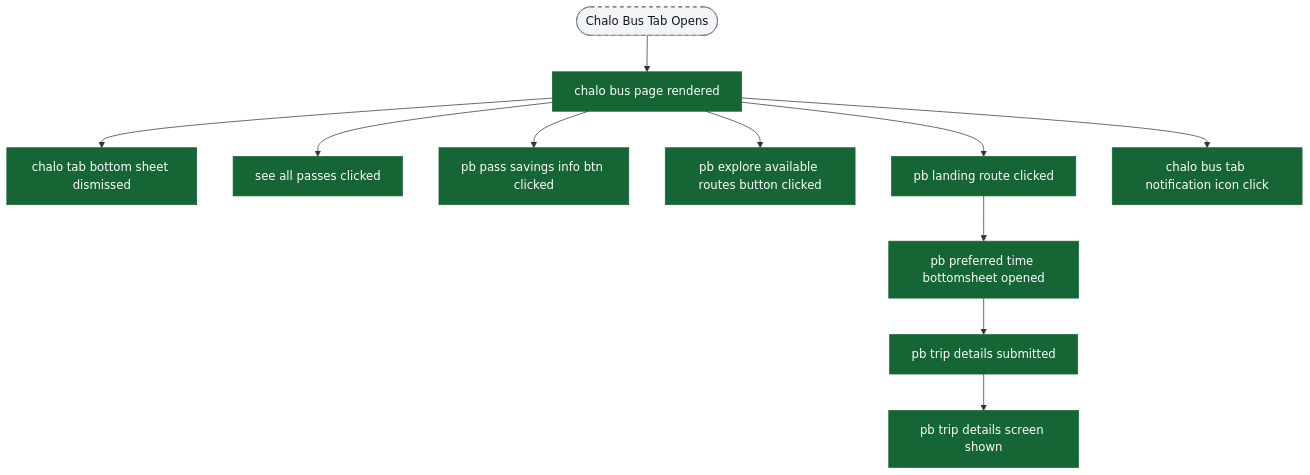
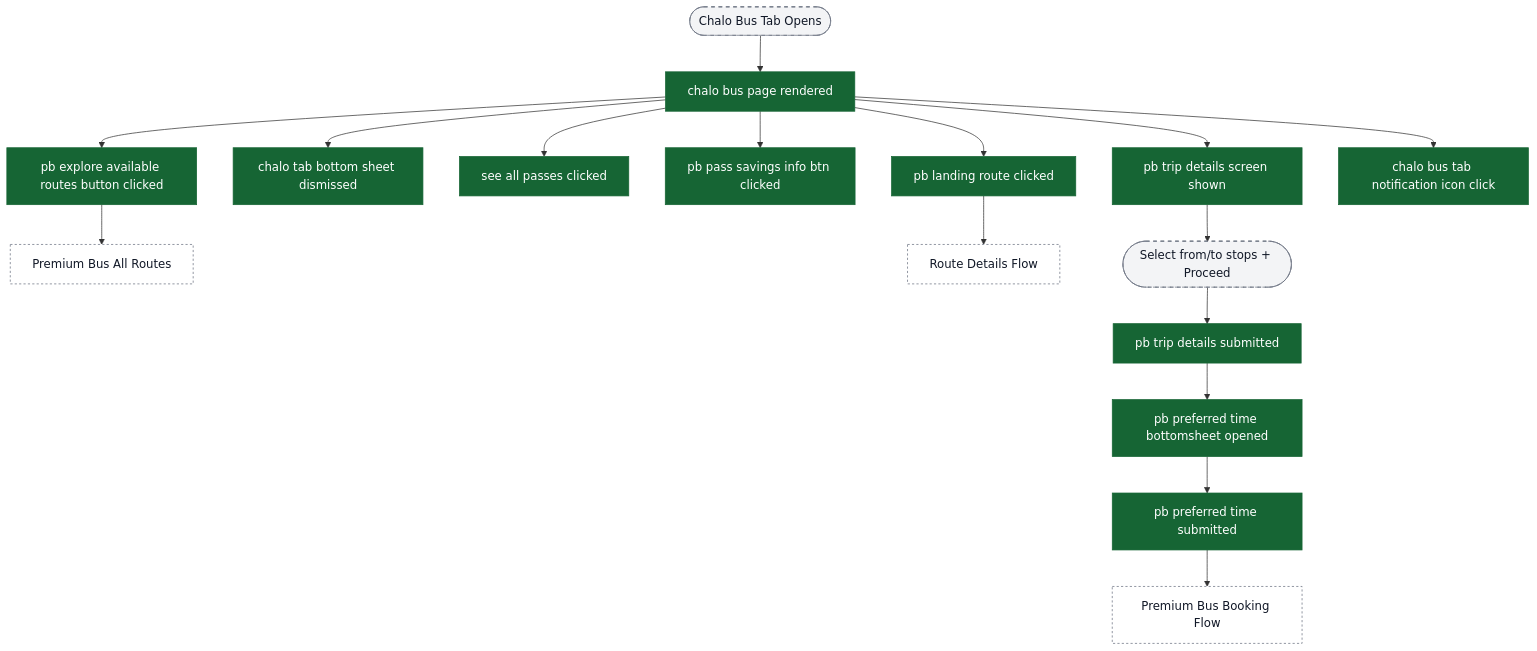
Before and after one commit to ratulsarna/chalo-app-dashboard: the fifth of 18 diagrams in content/analytics/home/flow-diagrams.md, drawn with Mermaid. The commit also changed other lines of this file and 3 other files, not shown here.

Commit message:
feat(analytics): update event definitions and flow diagrams for home and instant ticket purchase flows

````diff
--- a/content/analytics/home/flow-diagrams.md
+++ b/content/analytics/home/flow-diagrams.md
@@ -148,23 +161,30 @@
 ```mermaid
 flowchart TD
   ui_chaloBusScreen([Chalo Bus Tab Opens]) --> ev_chaloBusPageRendered["chalo bus page rendered"]
+  ev_chaloBusPageRendered --> ev_pbTripDetailsScreenShown["pb trip details screen shown"]
 
   ev_chaloBusPageRendered --> ev_chaloTabBottomSheetDismissed["chalo tab bottom sheet dismissed"]
   ev_chaloBusPageRendered --> ev_seeAllPassesClicked["see all passes clicked"]
   ev_chaloBusPageRendered --> ev_pbPassSavingsInfoBtnClicked["pb pass savings info btn clicked"]
   ev_chaloBusPageRendered --> ev_pbExploreAvailableRoutesClicked["pb explore available routes button clicked"]
   ev_chaloBusPageRendered --> ev_pbLandingRouteClicked["pb landing route clicked"]
 
-  ev_pbLandingRouteClicked --> ev_pbPreferredTimeBottomsheetOpened["pb preferred time bottomsheet opened"]
-  ev_pbPreferredTimeBottomsheetOpened --> ev_pbTripDetailsSubmitted["pb trip details submitted"]
-  ev_pbTripDetailsSubmitted --> ev_pbTripDetailsScreenShown["pb trip details screen shown"]
+  ev_pbExploreAvailableRoutesClicked --> external_pbAllRoutes[Premium Bus All Routes]
+  ev_pbLandingRouteClicked --> external_routeDetails[Route Details Flow]
+
+  ev_pbTripDetailsScreenShown --> ui_tripDetailsInput([Select from/to stops + Proceed])
+  ui_tripDetailsInput --> ev_pbTripDetailsSubmitted["pb trip details submitted"]
+  ev_pbTripDetailsSubmitted --> ev_pbPreferredTimeBottomsheetOpened["pb preferred time bottomsheet opened"]
+  ev_pbPreferredTimeBottomsheetOpened --> ev_pbPreferredTimeSubmitted["pb preferred time submitted"]
+  ev_pbPreferredTimeSubmitted --> external_pbFlow[Premium Bus Booking Flow]
 
   ev_chaloBusPageRendered --> ev_chaloBusTabNotificationIconClick["chalo bus tab notification icon click"]
 
   classDef event fill:#166534,stroke:#166534,color:#ffffff;
   classDef ui fill:#f3f4f6,stroke:#6b7280,stroke-dasharray: 5 5,color:#111827;
   classDef external fill:#ffffff,stroke:#6b7280,stroke-dasharray: 3 3,color:#111827;
 
-  class ev_chaloBusPageRendered,ev_chaloTabBottomSheetDismissed,ev_seeAllPassesClicked,ev_pbPassSavingsInfoBtnClicked,ev_pbExploreAvailableRoutesClicked,ev_pbLandingRouteClicked,ev_pbPreferredTimeBottomsheetOpened,ev_pbTripDetailsSubmitted,ev_pbTripDetailsScreenShown,ev_chaloBusTabNotificationIconClick event;
-  class ui_chaloBusScreen ui;
+  class ev_chaloBusPageRendered,ev_pbTripDetailsScreenShown,ev_chaloTabBottomSheetDismissed,ev_seeAllPassesClicked,ev_pbPassSavingsInfoBtnClicked,ev_pbExploreAvailableRoutesClicked,ev_pbLandingRouteClicked,ev_pbTripDetailsSubmitted,ev_pbPreferredTimeBottomsheetOpened,ev_pbPreferredTimeSubmitted,ev_chaloBusTabNotificationIconClick event;
+  class ui_chaloBusScreen,ui_tripDetailsInput ui;
+  class external_pbAllRoutes,external_routeDetails,external_pbFlow external;
 ```
````
